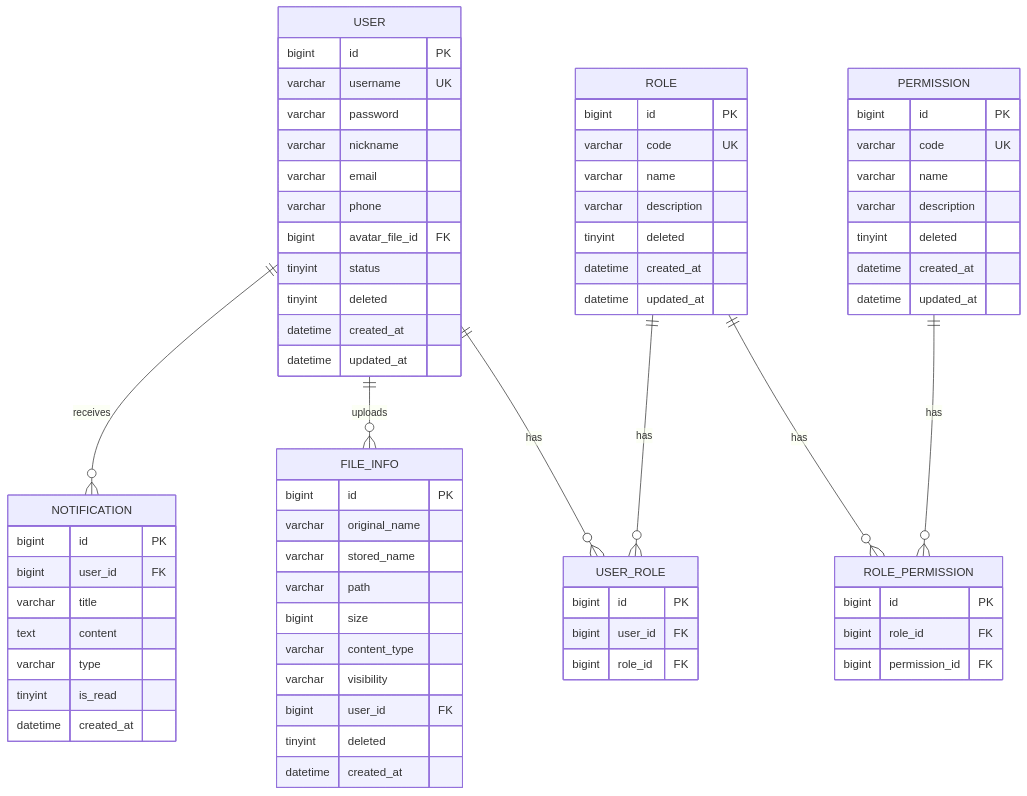
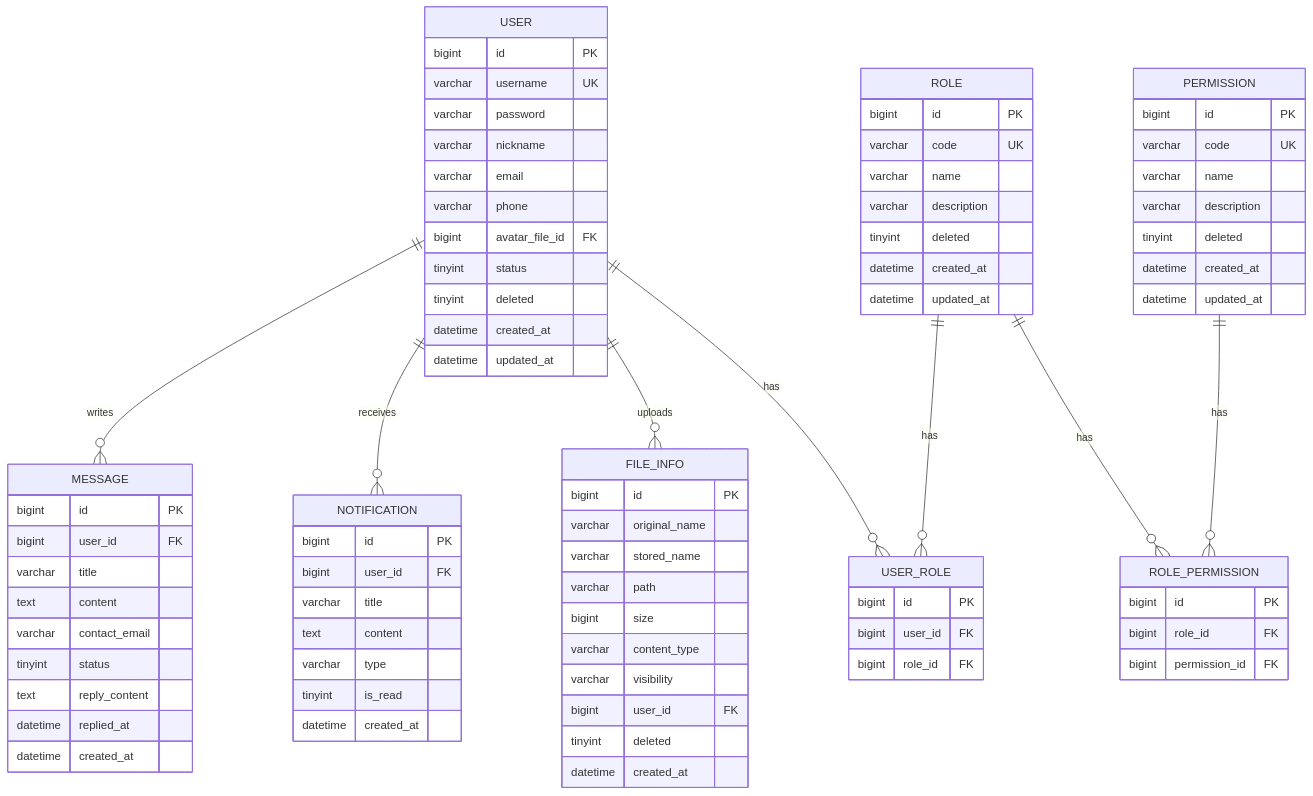
Before and after one commit to stefanSalt/12common-care: the second of 2 diagrams in .kiro/specs/admin-base/design.md, drawn with Mermaid. The commit also changed other lines of this file and 15 other files, not shown here.

````diff
--- a/.kiro/specs/admin-base/design.md
+++ b/.kiro/specs/admin-base/design.md
@@ -427,6 +436,7 @@
     PERMISSION ||--o{ ROLE_PERMISSION : has
     USER ||--o{ FILE_INFO : uploads
     USER ||--o{ NOTIFICATION : receives
+    USER ||--o{ MESSAGE : writes
 
     USER {
         bigint id PK
@@ -496,4 +506,16 @@
         tinyint is_read
         datetime created_at
     }
+
+    MESSAGE {
+        bigint id PK
+        bigint user_id FK
+        varchar title
+        text content
+        varchar contact_email
+        tinyint status
+        text reply_content
+        datetime replied_at
+        datetime created_at
+    }
 ```
````
